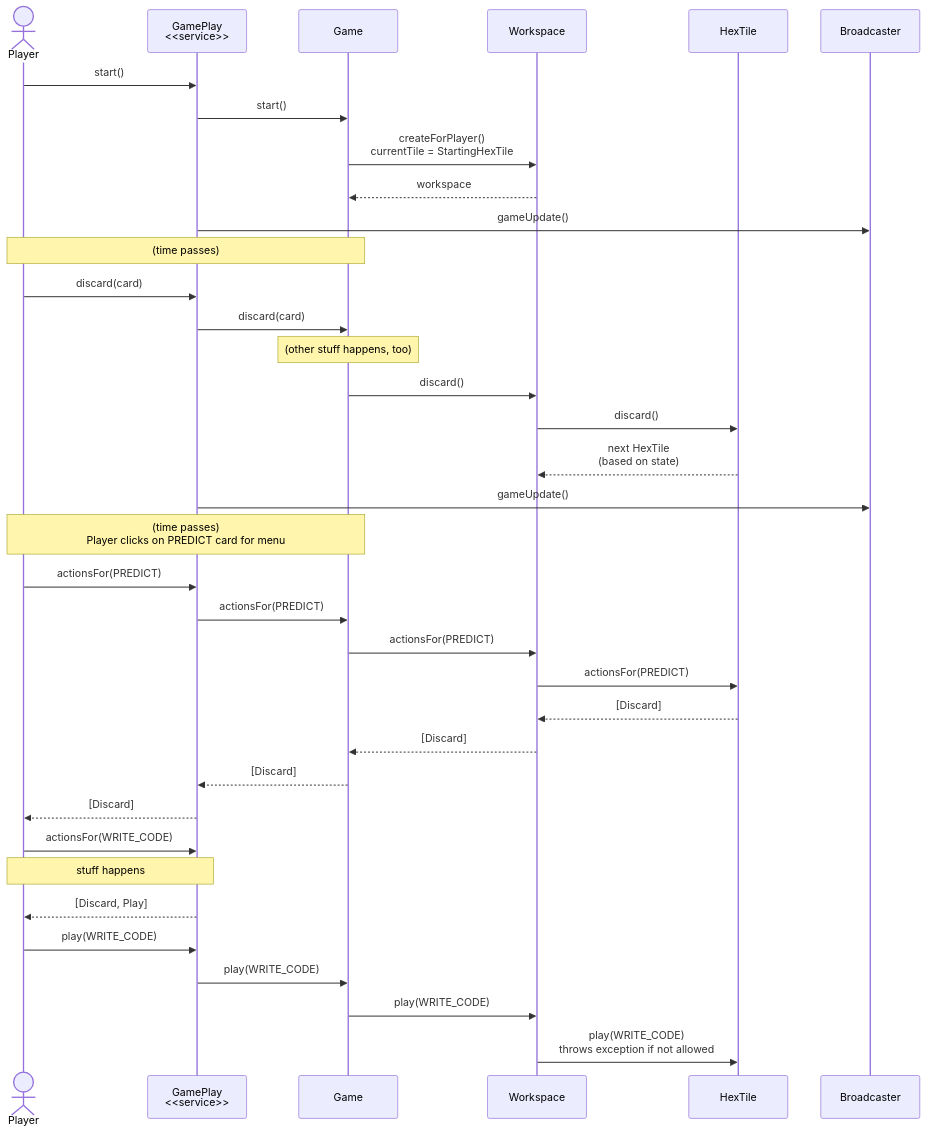
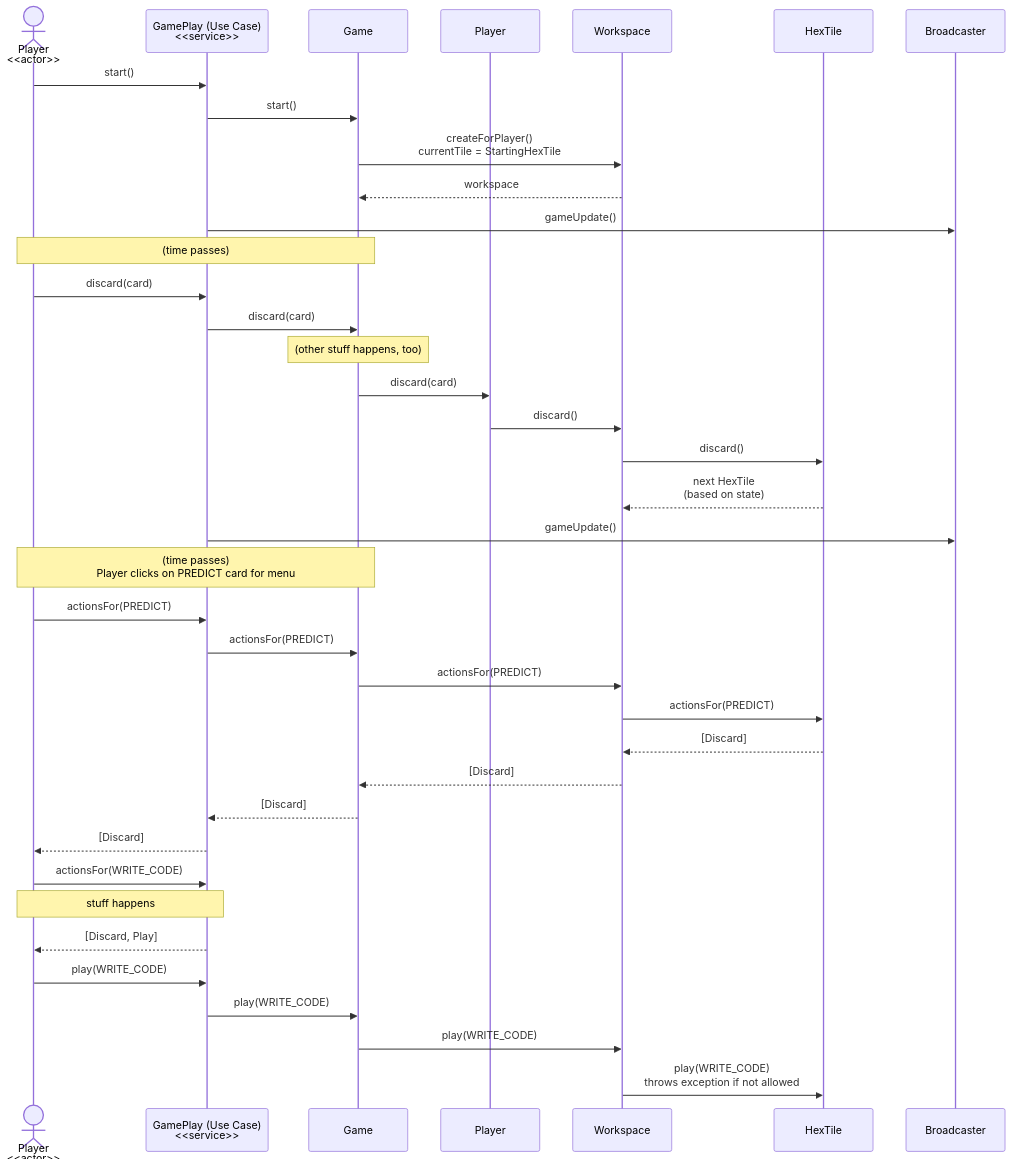
Before and after one commit to jitterted/tdd-game: the diagram in diagrams-docs/player-movement.mermaid, drawn with Mermaid. The commit also changed 10 other files, not shown here.

Commit message:
Introduced Workspace as a parameter to creating a Player

```diff
--- a/diagrams-docs/player-movement.mermaid
+++ b/diagrams-docs/player-movement.mermaid
@@ -1,43 +1,45 @@
 sequenceDiagram
-    actor Player
-    participant GamePlay as GamePlay<br/><<service>>
+    actor PlayerActor as Player<br/><<actor>>
+    participant GamePlay as GamePlay (Use Case)<br/><<service>>
     participant Game
+    participant Player
     participant Workspace
     participant HexTile
 
-    Player ->> GamePlay: start()
+    PlayerActor ->> GamePlay: start()
     GamePlay ->> Game: start()
     Game ->> Workspace: createForPlayer()<br/>currentTile = StartingHexTile
     Workspace -->> Game: workspace
     GamePlay ->> Broadcaster: gameUpdate()
 
-    Note over Player,Game: (time passes)
+    Note over PlayerActor,Game: (time passes)
 
-    Player ->> GamePlay: discard(card)
+    PlayerActor ->> GamePlay: discard(card)
     GamePlay ->> Game: discard(card)
     Note over Game: (other stuff happens, too)
-    Game ->> Workspace: discard()
+    Game ->> Player: discard(card)
+    Player ->> Workspace: discard()
     Workspace ->> HexTile: discard()
     HexTile -->> Workspace: next HexTile<br/>(based on state)
     GamePlay ->> Broadcaster: gameUpdate()
 
-    Note over Player,Game: (time passes)<br/>Player clicks on PREDICT card for menu
+    Note over PlayerActor,Game: (time passes)<br/>Player clicks on PREDICT card for menu
 
-    Player ->> GamePlay: actionsFor(PREDICT)
+    PlayerActor ->> GamePlay: actionsFor(PREDICT)
     GamePlay ->> Game: actionsFor(PREDICT)
     Game ->> Workspace: actionsFor(PREDICT)
     Workspace ->> HexTile: actionsFor(PREDICT)
     HexTile -->> Workspace: [Discard]
     Workspace -->> Game: [Discard]
     Game -->> GamePlay: [Discard]
-    GamePlay -->> Player: [Discard]
+    GamePlay -->> PlayerActor: [Discard]
 
-    Player ->> GamePlay: actionsFor(WRITE_CODE)
-    Note over Player,GamePlay: stuff happens
-    GamePlay -->> Player: [Discard, Play]
+    PlayerActor ->> GamePlay: actionsFor(WRITE_CODE)
+    Note over PlayerActor,GamePlay: stuff happens
+    GamePlay -->> PlayerActor: [Discard, Play]
 
 
-    Player ->> GamePlay: play(WRITE_CODE)
+    PlayerActor ->> GamePlay: play(WRITE_CODE)
     GamePlay ->> Game: play(WRITE_CODE)
     Game ->> Workspace: play(WRITE_CODE)
     Workspace ->> HexTile: play(WRITE_CODE)<br/>throws exception if not allowed
```
